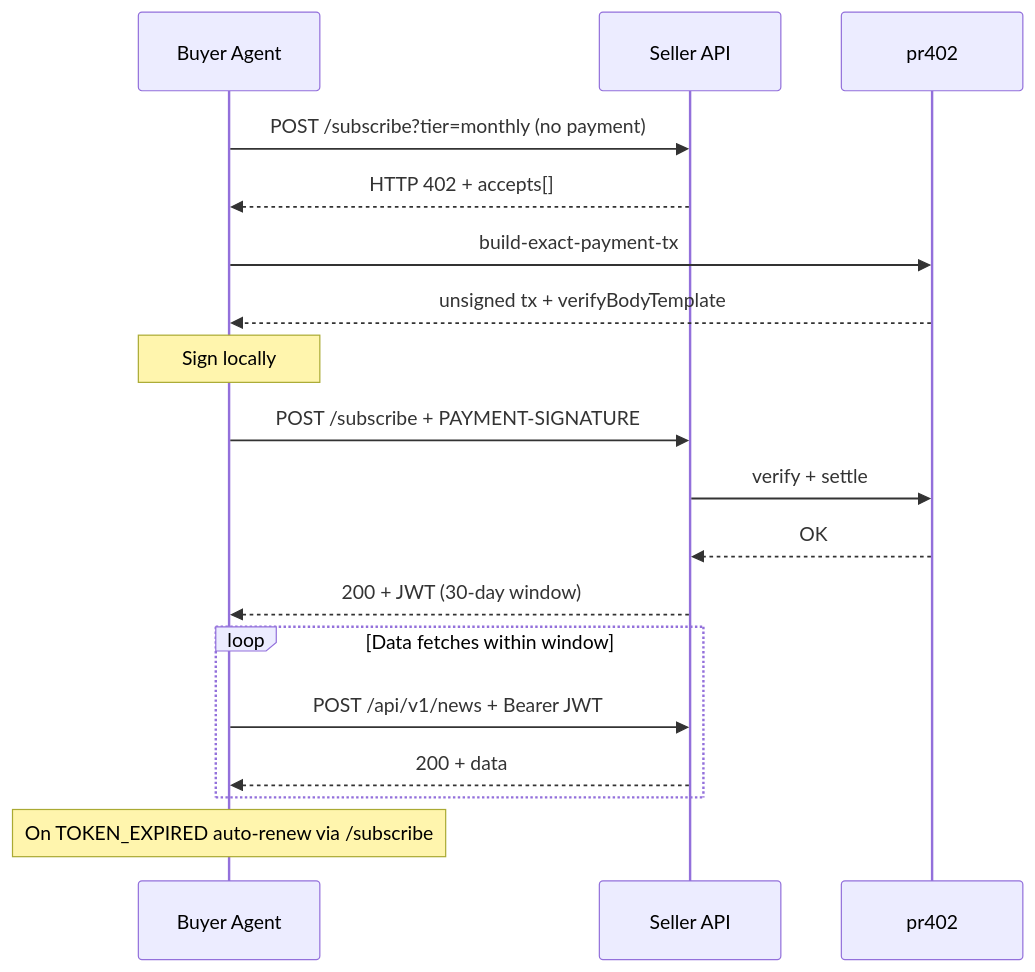
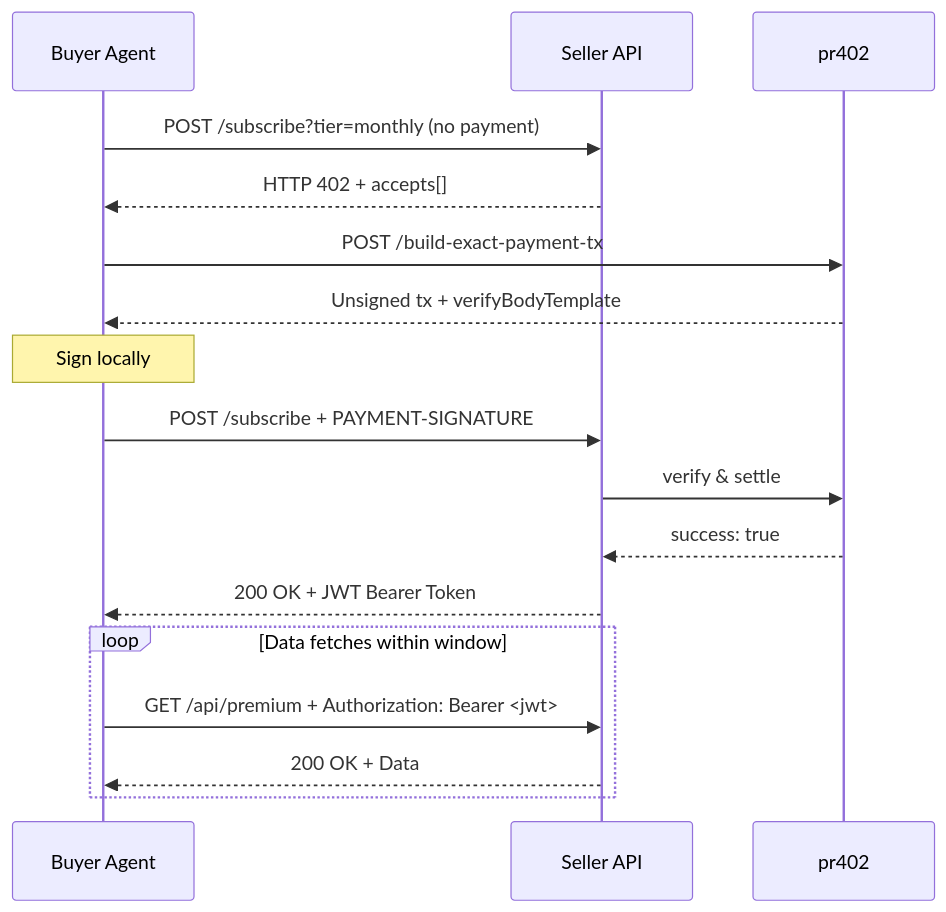
The second of 3 diagrams in ARCHITECTURE_OVERVIEW.md (miraland-labs/x402), drawn with Mermaid before and after one commit. The commit also changed other lines of this file and 2 other files, not shown here.

````diff
--- a/ARCHITECTURE_OVERVIEW.md
+++ b/ARCHITECTURE_OVERVIEW.md
@@ -175,23 +65,21 @@
 ```mermaid
 sequenceDiagram
     participant Agent as Buyer Agent
     participant Provider as Seller API
     participant Facilitator as pr402
 
     Agent->>Provider: POST /subscribe?tier=monthly (no payment)
     Provider-->>Agent: HTTP 402 + accepts[]
-    Agent->>Facilitator: build-exact-payment-tx
-    Facilitator-->>Agent: unsigned tx + verifyBodyTemplate
+    Agent->>Facilitator: POST /build-exact-payment-tx
+    Facilitator-->>Agent: Unsigned tx + verifyBodyTemplate
     Note over Agent: Sign locally
     Agent->>Provider: POST /subscribe + PAYMENT-SIGNATURE
-    Provider->>Facilitator: verify + settle
-    Facilitator-->>Provider: OK
-    Provider-->>Agent: 200 + JWT (30-day window)
+    Provider->>Facilitator: verify & settle
+    Facilitator-->>Provider: success: true
+    Provider-->>Agent: 200 OK + JWT Bearer Token
 
     loop Data fetches within window
-        Agent->>Provider: POST /api/v1/news + Bearer JWT
-        Provider-->>Agent: 200 + data
+        Agent->>Provider: GET /api/premium + Authorization: Bearer <jwt>
+        Provider-->>Agent: 200 OK + Data
     end
-
-    Note over Agent: On TOKEN_EXPIRED auto-renew via /subscribe
 ```
````
